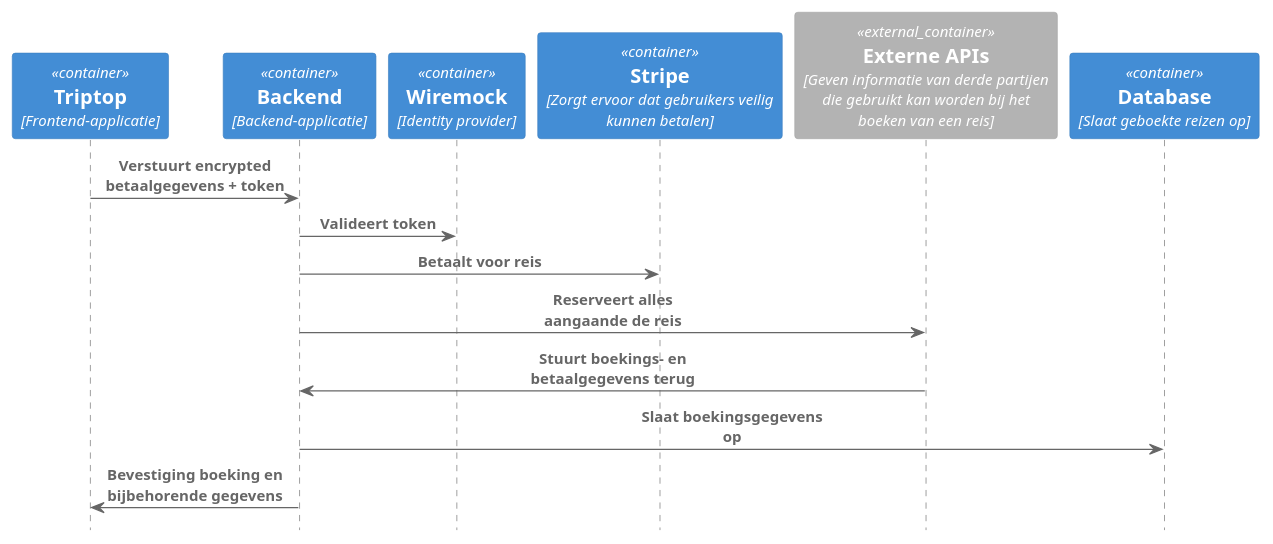
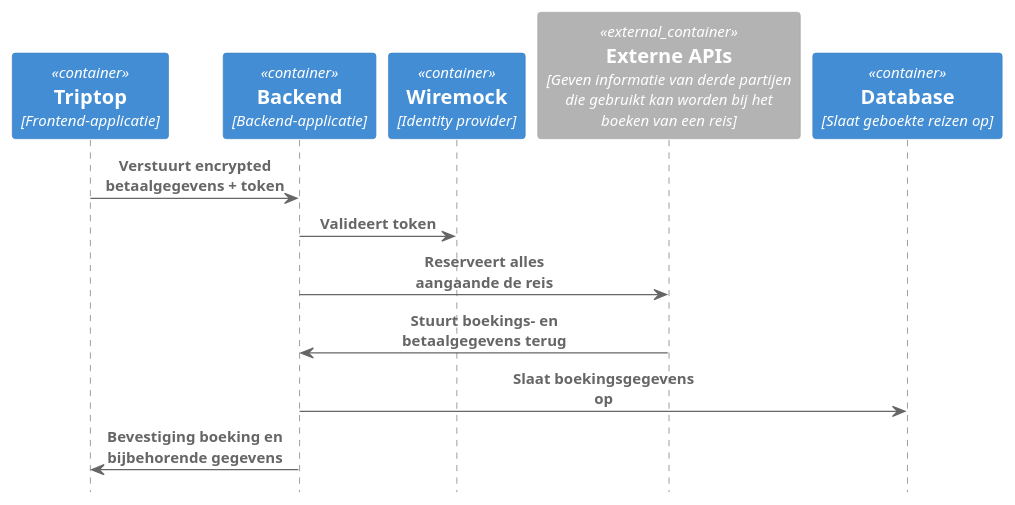
Before and after one commit to AIM-ENE-feb25/triptop-dravende-dikdiks: the diagram in opdracht-diagrammen/Diagrammen studenten/Week 1/DynamischContainerDiagram/Dynamisch-Containerdiagram - Reis boeken.puml, drawn with PlantUML. The commit also changed 2 other files, not shown here.

Commit message:
container aangepast

```diff
--- a/opdracht-diagrammen/Diagrammen studenten/Week 1/DynamischContainerDiagram/Dynamisch-Containerdiagram - Reis boeken.puml
+++ b/opdracht-diagrammen/Diagrammen studenten/Week 1/DynamischContainerDiagram/Dynamisch-Containerdiagram - Reis boeken.puml
@@ -1,22 +1,21 @@
 @startuml
 !include https://raw.githubusercontent.com/plantuml-stdlib/C4-PlantUML/master/C4_Sequence.puml
 
 Container(c1, "Triptop", "Frontend-applicatie")
 Container(c2, "Backend", "Backend-applicatie")
 Container(c3, "Wiremock", "Identity provider")
-Container(c6, "Stripe", "Zorgt ervoor dat gebruikers veilig kunnen betalen")
+
 Container_Ext(c4, "Externe APIs", "Geven informatie van derde partijen die gebruikt kan worden bij het boeken van een reis")
 Container(c5, "Database", "Slaat geboekte reizen op")
 
 
 Rel(c1, c2, "Verstuurt encrypted betaalgegevens + token")
 Rel(c2, c3, "Valideert token")
-Rel(c2, c6, "Betaalt voor reis")
 Rel(c2, c4, "Reserveert alles aangaande de reis")
 
 Rel(c4, c2, "Stuurt boekings- en betaalgegevens terug")
 Rel(c2, c5, "Slaat boekingsgegevens op")
 
 Rel(c2, c1, "Bevestiging boeking en bijbehorende gegevens")
 
 @enduml
```
